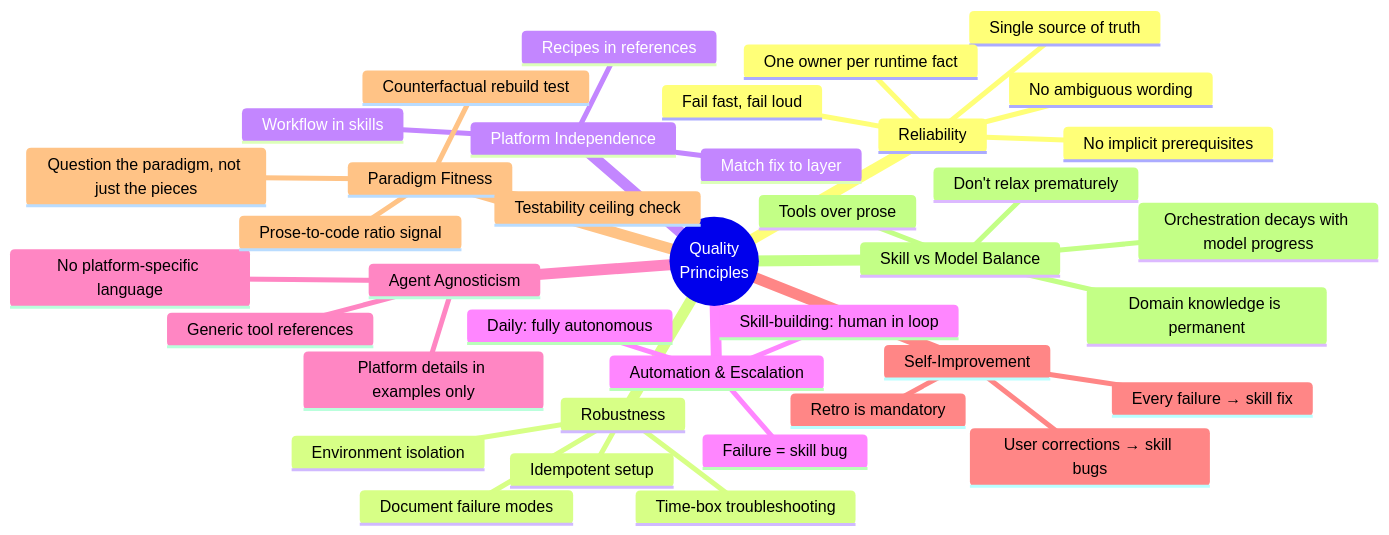
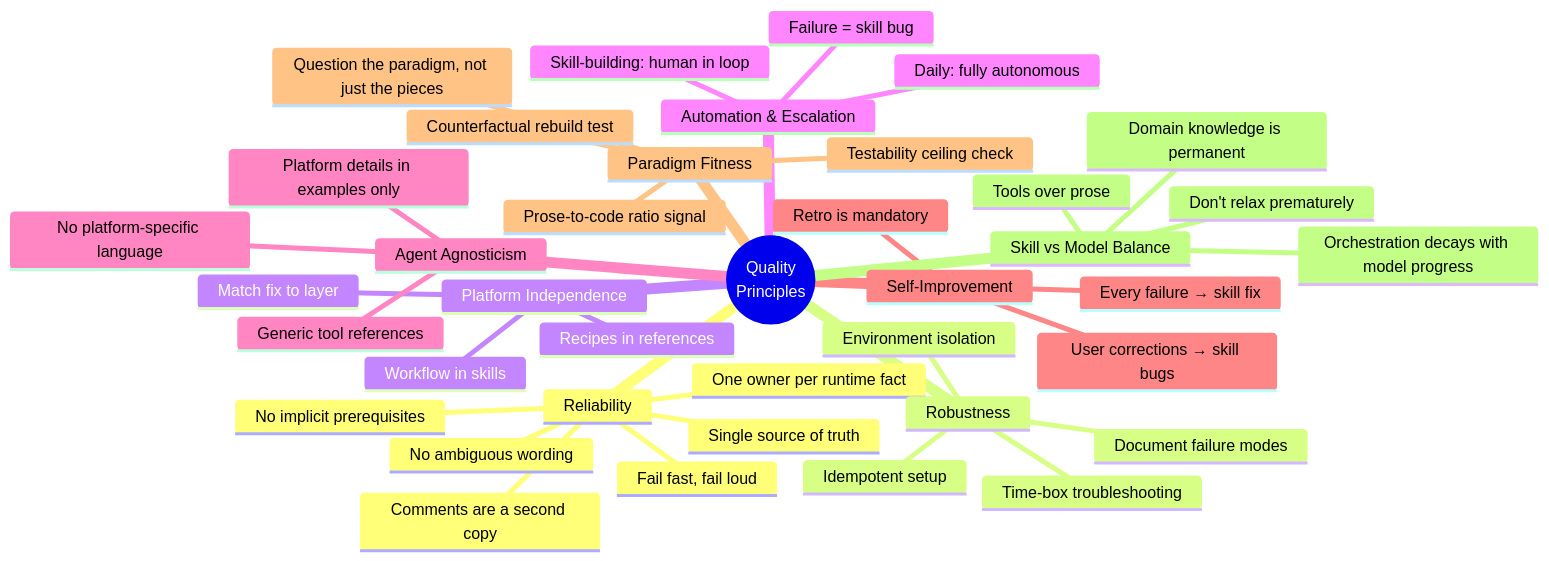
One commit to souliane/skills changed the first of 3 diagrams in ac-reviewing-codebase/references/quality-principles.md. Above: the diagram before and after it, drawn with Mermaid. The commit also changed other lines of this file and 5 other files, not shown here.

````diff
--- a/ac-reviewing-codebase/references/quality-principles.md
+++ b/ac-reviewing-codebase/references/quality-principles.md
@@ -5,41 +5,42 @@
 ```mermaid
 mindmap
   root((Quality<br/>Principles))
     Reliability
       No implicit prerequisites
       No ambiguous wording
       Fail fast, fail loud
       Single source of truth
       One owner per runtime fact
+      Comments are a second copy
     Robustness
       Document failure modes
       Time-box troubleshooting
       Environment isolation
       Idempotent setup
     Platform Independence
       Workflow in skills
       Recipes in references
       Match fix to layer
     Automation & Escalation
       Daily: fully autonomous
       Skill-building: human in loop
       Failure = skill bug
     Agent Agnosticism
       No platform-specific language
       Generic tool references
       Platform details in examples only
     Self-Improvement
       Every failure → skill fix
       Retro is mandatory
       User corrections → skill bugs
     Paradigm Fitness
       Question the paradigm, not just the pieces
       Counterfactual rebuild test
       Prose-to-code ratio signal
       Testability ceiling check
     Skill vs Model Balance
       Domain knowledge is permanent
       Orchestration decays with model progress
       Tools over prose
       Don't relax prematurely
 ```
````
